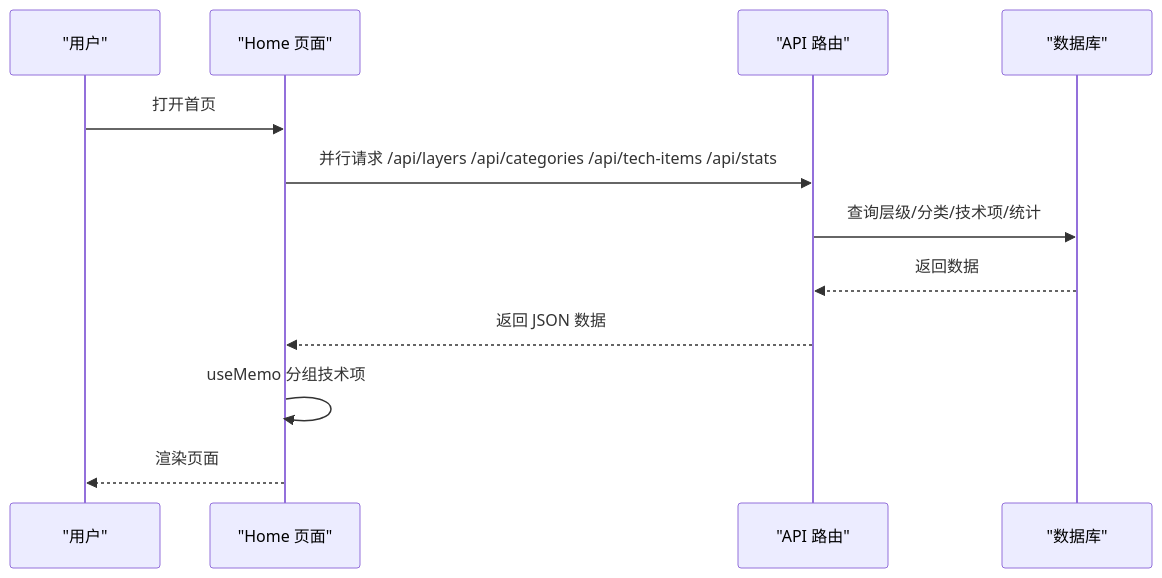
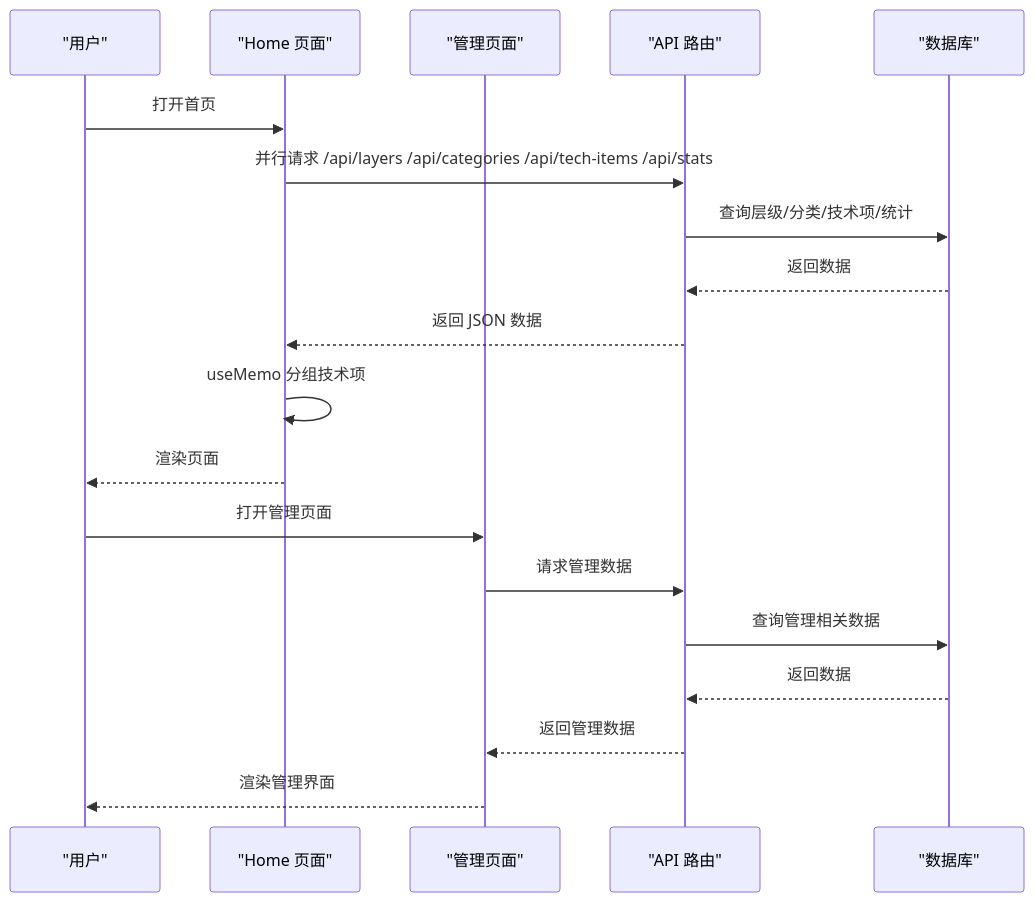
Before and after one commit to tutusiji/lantu-next: the second of 7 diagrams in .qoder/repowiki/zh/content/开发指南/开发指南.md, drawn with Mermaid. The commit also changed other lines of this file and 22 other files, not shown here.

````diff
--- a/.qoder/repowiki/zh/content/开发指南/开发指南.md
+++ b/.qoder/repowiki/zh/content/开发指南/开发指南.md
@@ -121,14 +184,21 @@
 ```mermaid
 sequenceDiagram
 participant U as "用户"
 participant H as "Home 页面"
+participant A as "管理页面"
 participant API as "API 路由"
 participant DB as "数据库"
 U->>H : 打开首页
 H->>API : 并行请求 /api/layers /api/categories /api/tech-items /api/stats
 API->>DB : 查询层级/分类/技术项/统计
 DB-->>API : 返回数据
 API-->>H : 返回 JSON 数据
 H->>H : useMemo 分组技术项
 H-->>U : 渲染页面
+U->>A : 打开管理页面
+A->>API : 请求管理数据
+API->>DB : 查询管理相关数据
+DB-->>API : 返回数据
+API-->>A : 返回管理数据
+A-->>U : 渲染管理界面
 ```
````
